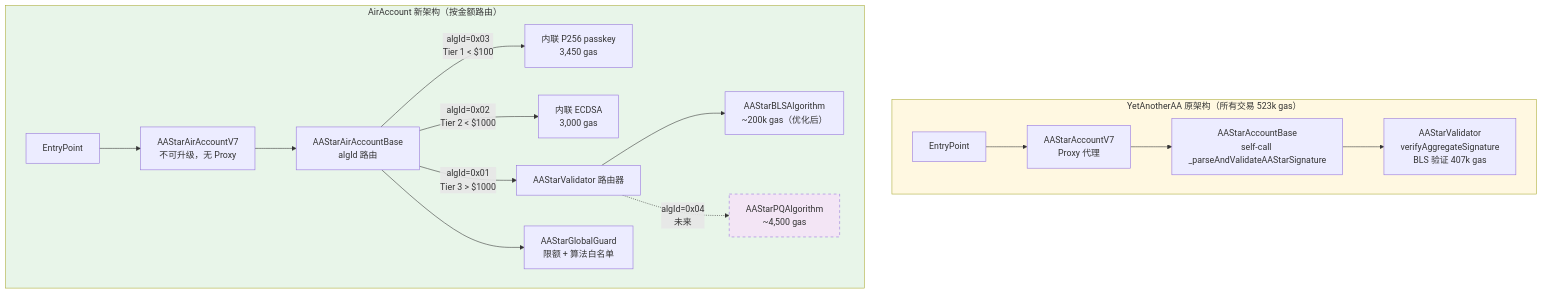
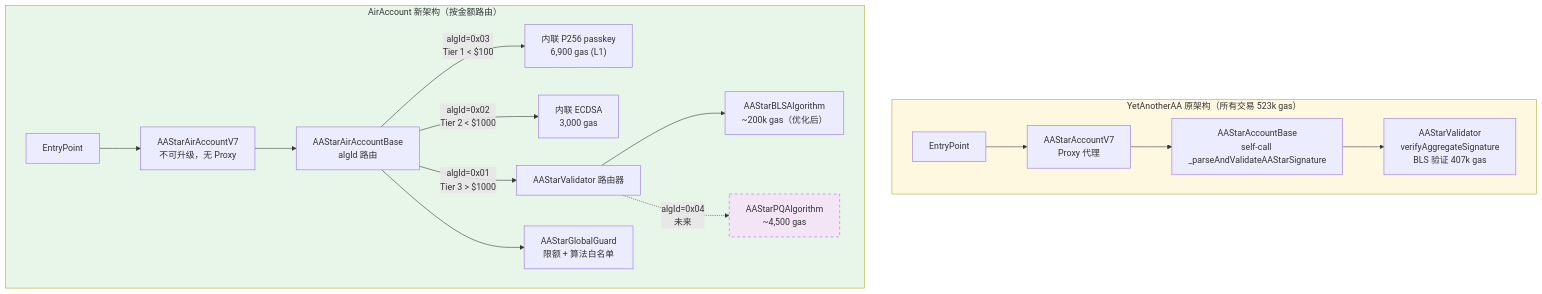
Before and after one commit to AAStarCommunity/airaccount-contract: the fourth of 4 diagrams in docs/airaccount-unified-architecture.md, drawn with Mermaid. The commit also changed other lines of this file and 22 other files, not shown here.

First line of the commit message:
fix(CC-94): remove stale deploy scripts + sync tier doc + document gas-report/isolate artifact (#199)

````diff
--- a/docs/airaccount-unified-architecture.md
+++ b/docs/airaccount-unified-architecture.md
@@ -251,23 +251,23 @@
 ```mermaid
 graph TB
     subgraph OLD["YetAnotherAA 原架构（所有交易 523k gas）"]
         EP1[EntryPoint] --> AV7_OLD[AAStarAccountV7<br/>Proxy 代理]
         AV7_OLD --> BASE_OLD[AAStarAccountBase<br/>self-call _parseAndValidateAAStarSignature]
         BASE_OLD --> VAL_OLD[AAStarValidator<br/>verifyAggregateSignature<br/>BLS 验证 407k gas]
     end
 
     subgraph NEW["AirAccount 新架构（按金额路由）"]
         EP2[EntryPoint] --> AV7_NEW[AAStarAirAccountV7<br/>不可升级，无 Proxy]
         AV7_NEW --> BASE_NEW[AAStarAirAccountBase<br/>algId 路由]
-        BASE_NEW -->|"algId=0x03<br/>Tier 1 < $100"| P256["内联 P256 passkey<br/>3,450 gas"]
+        BASE_NEW -->|"algId=0x03<br/>Tier 1 < $100"| P256["内联 P256 passkey<br/>6,900 gas (L1)"]
         BASE_NEW -->|"algId=0x02<br/>Tier 2 < $1000"| K1["内联 ECDSA<br/>3,000 gas"]
         BASE_NEW -->|"algId=0x01<br/>Tier 3 > $1000"| ROUTER["AAStarValidator 路由器"]
         ROUTER --> BLS_NEW["AAStarBLSAlgorithm<br/>~200k gas（优化后）"]
         ROUTER -.->|"algId=0x04<br/>未来"| PQ["AAStarPQAlgorithm<br/>~4,500 gas"]
         BASE_NEW --> GUARD["AAStarGlobalGuard<br/>限额 + 算法白名单"]
     end
 
     style OLD fill:#fff8e1
     style NEW fill:#e8f5e9
     style PQ fill:#f3e5f5,stroke-dasharray: 5 5
 ```
````
